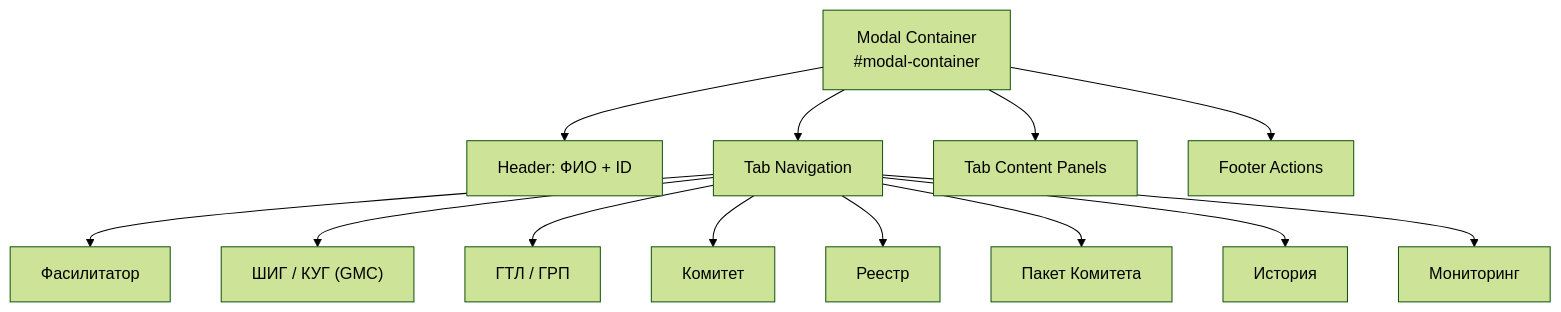
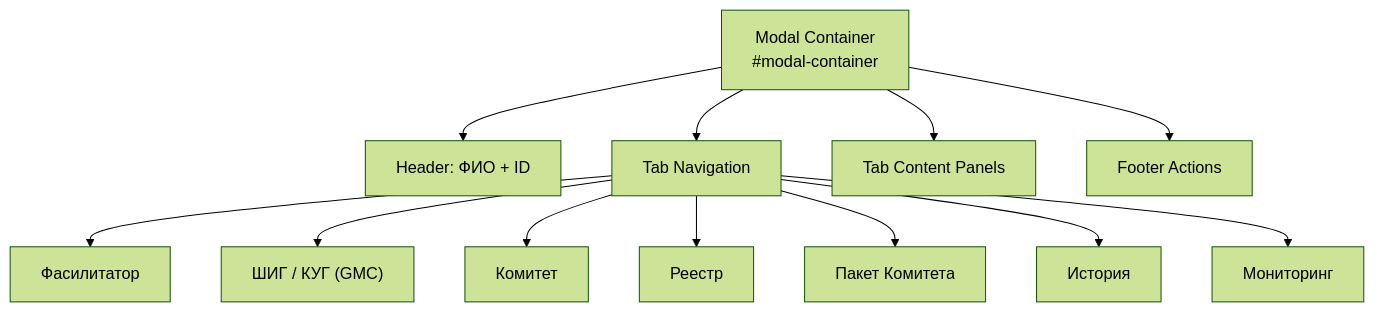
One commit to firka-kh/eip-test changed the third of 6 diagrams in docs/UI-GUIDE.md. Above: the diagram before and after it, drawn with Mermaid (forest theme). The commit also changed other lines of this file and 51 other files, not shown here.

````diff
--- a/docs/UI-GUIDE.md
+++ b/docs/UI-GUIDE.md
@@ -183,18 +181,17 @@
 ```mermaid
 graph TD
     M["Modal Container<br/>#modal-container"]
     
     M --> H["Header: ФИО + ID"]
     M --> TABS["Tab Navigation"]
     M --> BODY["Tab Content Panels"]
     M --> FOOTER["Footer Actions"]
 
     TABS --> T1["Фасилитатор"]
     TABS --> T2["ШИГ / КУГ (GMC)"]
-    TABS --> T3["ГТЛ / ГРП"]
     TABS --> T4["Комитет"]
     TABS --> T5["Реестр"]
     TABS --> T6["Пакет Комитета"]
     TABS --> T7["История"]
     TABS --> T8["Мониторинг"]
 ```
````
